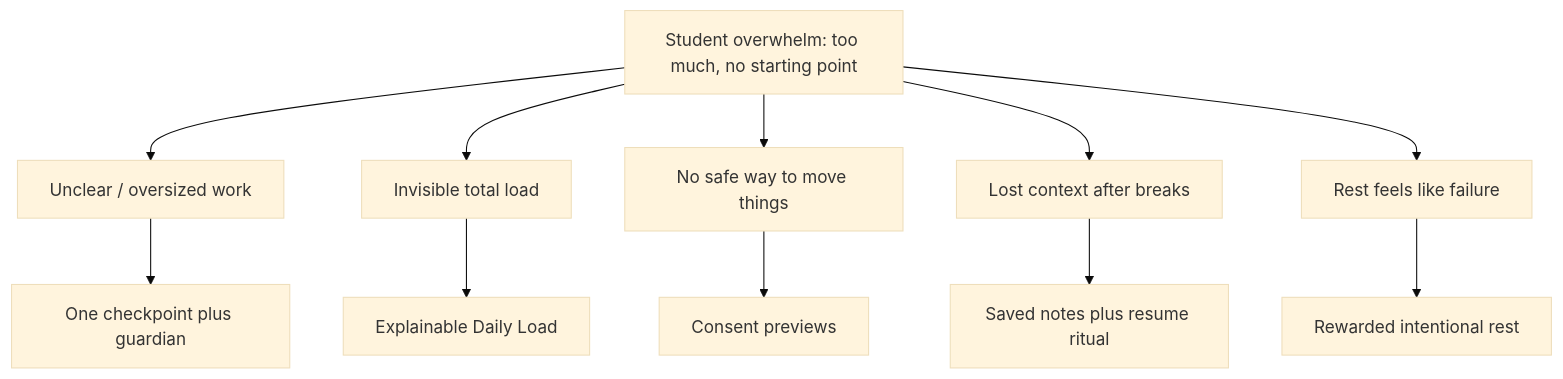
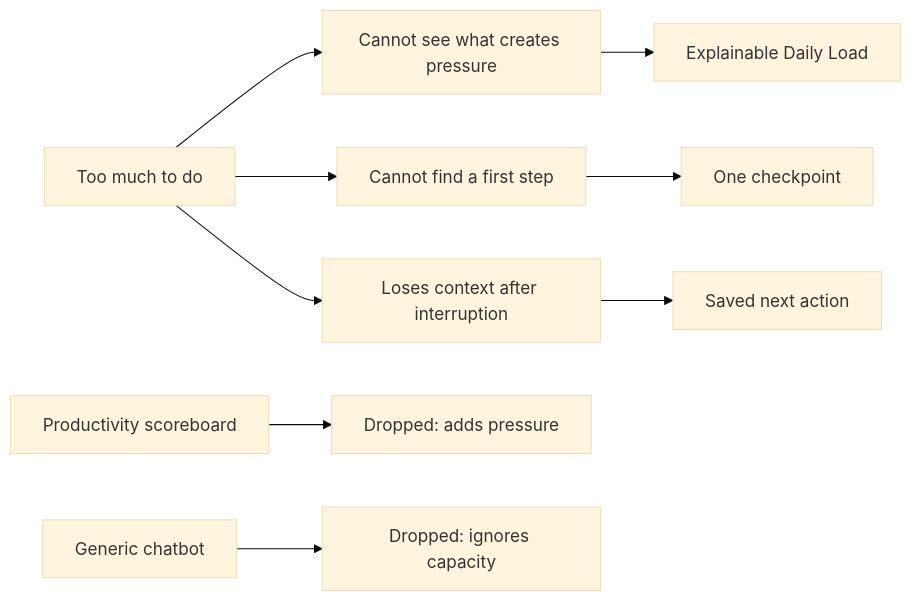
Before and after one commit to CSL06/PaceTown: the first of 6 diagrams in SUBMISSION.md, drawn with Mermaid (base theme). The commit also changed other lines of this file, not shown here.

````diff
--- a/SUBMISSION.md
+++ b/SUBMISSION.md
@@ -60,14 +58,11 @@
 ```mermaid
-flowchart TB
-    P[Student overwhelm: too much, no starting point]
-    P --> C1[Unclear / oversized work]
-    P --> C2[Invisible total load]
-    P --> C3[No safe way to move things]
-    P --> C4[Lost context after breaks]
-    P --> C5[Rest feels like failure]
-    C1 --> S1[One checkpoint plus guardian]
-    C2 --> S2[Explainable Daily Load]
-    C3 --> S3[Consent previews]
-    C4 --> S4[Saved notes plus resume ritual]
-    C5 --> S5[Rewarded intentional rest]
+flowchart LR
+    A[Too much to do] --> B[Cannot see what creates pressure]
+    A --> C[Cannot find a first step]
+    A --> D[Loses context after interruption]
+    B --> E[Explainable Daily Load]
+    C --> F[One checkpoint]
+    D --> G[Saved next action]
+    H[Productivity scoreboard] --> X[Dropped: adds pressure]
+    I[Generic chatbot] --> Y[Dropped: ignores capacity]
 ```
````
